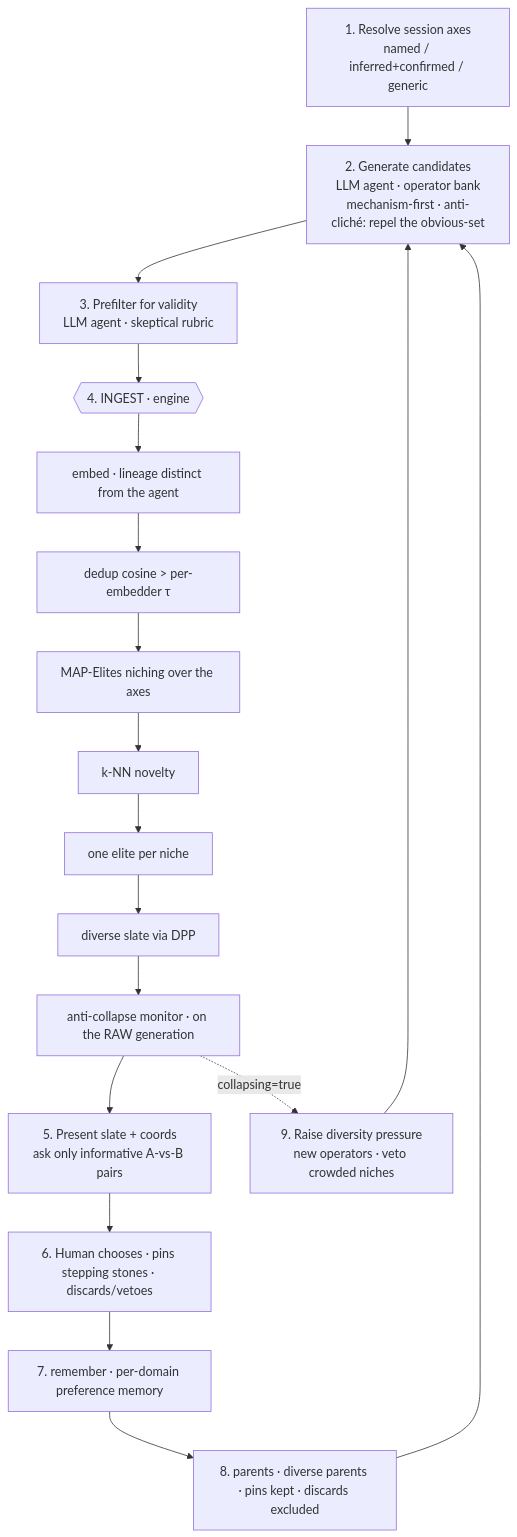
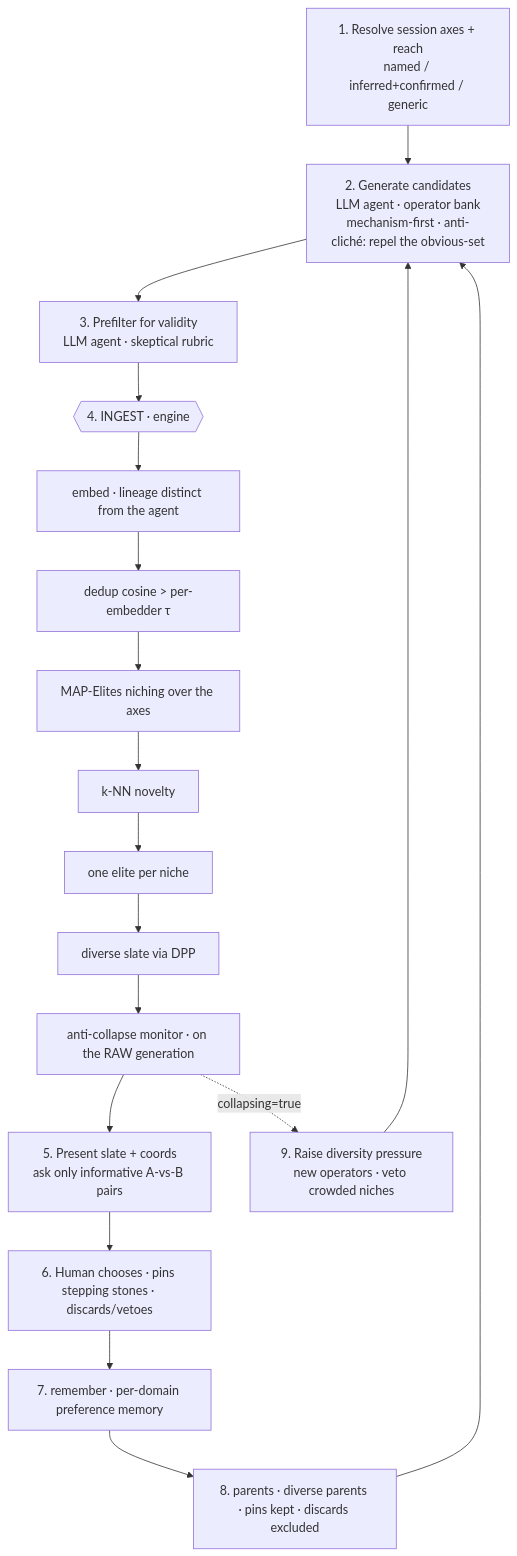
Before and after one commit to sergiparpal/cambrian: the diagram in docs/PAPER.md, drawn with Mermaid. The commit also changed other lines of this file and 2 other files, not shown here.

````diff
--- a/docs/PAPER.md
+++ b/docs/PAPER.md
@@ -60,20 +60,20 @@
 ```mermaid
 flowchart TD
-    A[1. Resolve session axes<br/>named / inferred+confirmed / generic] --> B[2. Generate candidates<br/>LLM agent · operator bank<br/>mechanism-first · anti-cliché: repel the obvious-set]
+    A[1. Resolve session axes + reach<br/>named / inferred+confirmed / generic] --> B[2. Generate candidates<br/>LLM agent · operator bank<br/>mechanism-first · anti-cliché: repel the obvious-set]
     B --> C[3. Prefilter for validity<br/>LLM agent · skeptical rubric]
     C --> D{{4. INGEST · engine}}
     D --> D1[embed · lineage distinct from the agent]
     D1 --> D2[dedup cosine &gt; per-embedder τ]
     D2 --> D3[MAP-Elites niching over the axes]
     D3 --> D4[k-NN novelty]
     D4 --> D5[one elite per niche]
     D5 --> D6[diverse slate via DPP]
     D6 --> D7[anti-collapse monitor · on the RAW generation]
     D7 --> E[5. Present slate + coords<br/>ask only informative A-vs-B pairs]
     E --> F[6. Human chooses · pins stepping stones · discards/vetoes]
     F --> G[7. remember · per-domain preference memory]
     G --> H[8. parents · diverse parents · pins kept · discards excluded]
     H --> B
     D7 -. collapsing=true .-> I[9. Raise diversity pressure<br/>new operators · veto crowded niches]
     I --> B
 ```
````
